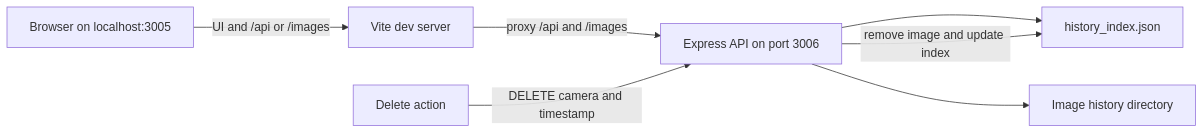
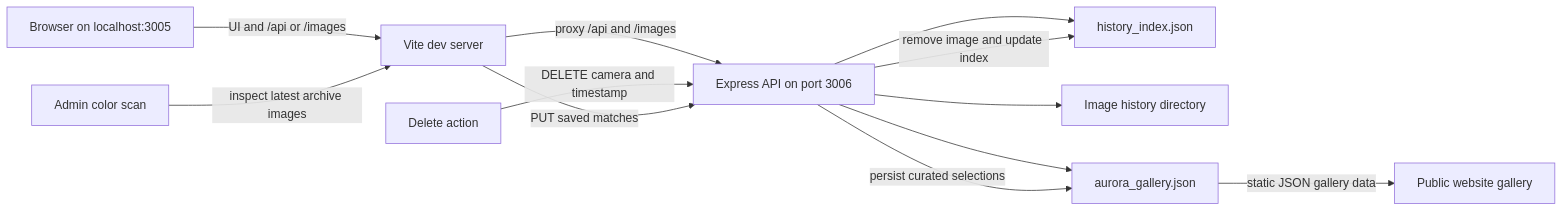
The diagram in admin/README.md (Krugou/aurorawatcher), drawn with Mermaid before and after one commit. The commit also changed other lines of this file and 9 other files, not shown here.

Commit message:
feat(admin): manage aurora gallery curation

````diff
--- a/admin/README.md
+++ b/admin/README.md
@@ -21,9 +21,14 @@
 ```mermaid
 flowchart LR
     A[Browser on localhost:3005] -->|UI and /api or /images| B[Vite dev server]
     B -->|proxy /api and /images| C[Express API on port 3006]
     C --> D[history_index.json]
     C --> E[Image history directory]
+    C --> G[aurora_gallery.json]
     F[Delete action] -->|DELETE camera and timestamp| C
     C -->|remove image and update index| D
+    H[Admin color scan] -->|inspect latest archive images| B
+    B -->|PUT saved matches| C
+    C -->|persist curated selections| G
+    G -->|static JSON gallery data| I[Public website gallery]
 ```
````
